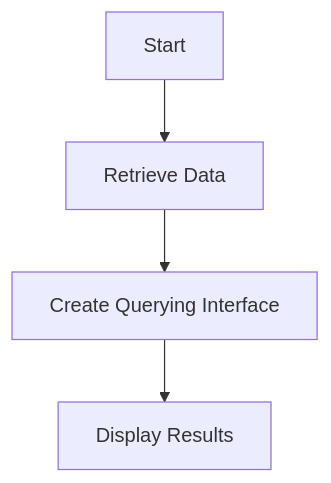
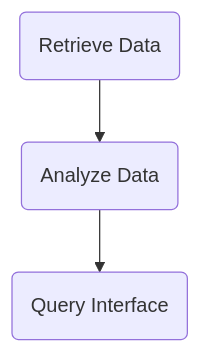
Before and after one commit to Patotricks15/Generative-AI-projects: the diagram in question_answering_world_bank_data/README.md, drawn with Mermaid. The commit also changed other lines of this file and 22 other files, not shown here.

````diff
--- a/question_answering_world_bank_data/README.md
+++ b/question_answering_world_bank_data/README.md
@@ -11,6 +11,5 @@
 ```mermaid
 flowchart TD
-A[Start] --> B[Retrieve Data]
-B --> C[Create Querying Interface]
-C --> D[Display Results]
+A(Retrieve Data) --> B(Analyze Data)
+B --> C(Query Interface)
 ```
````
